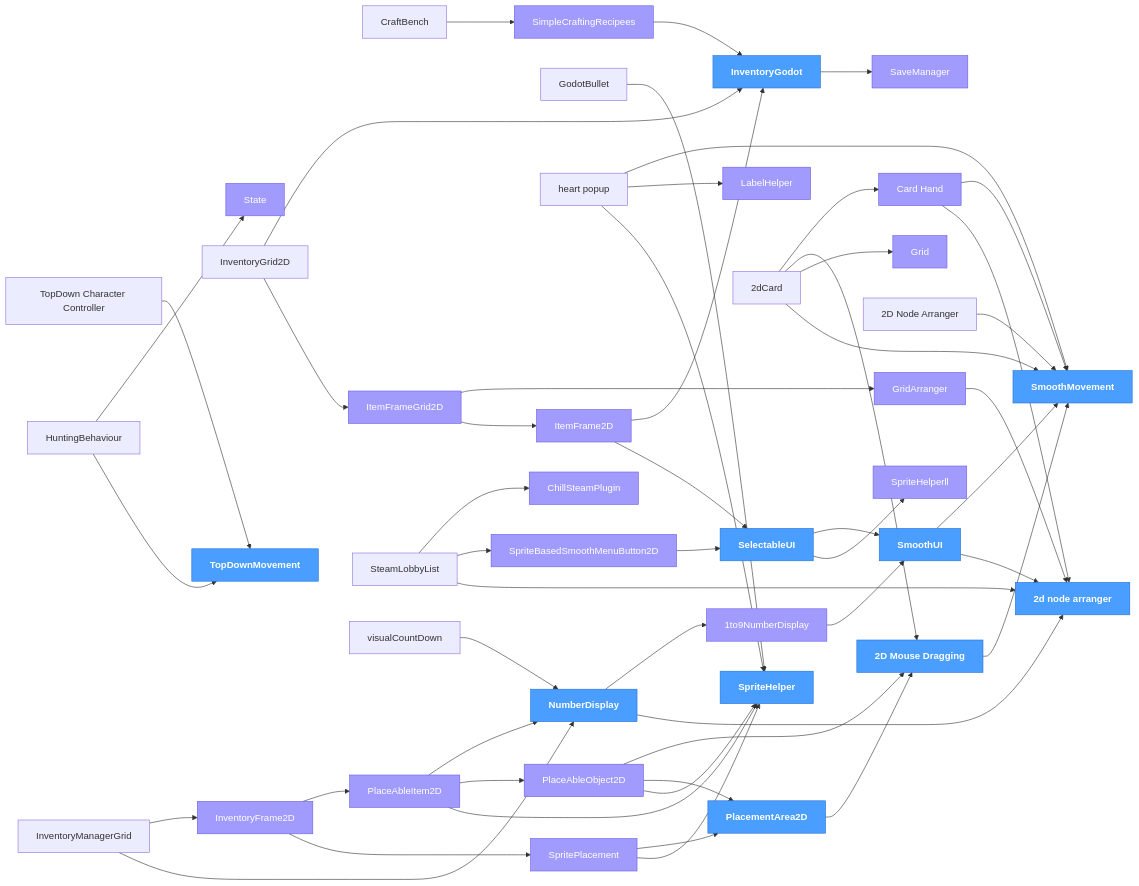
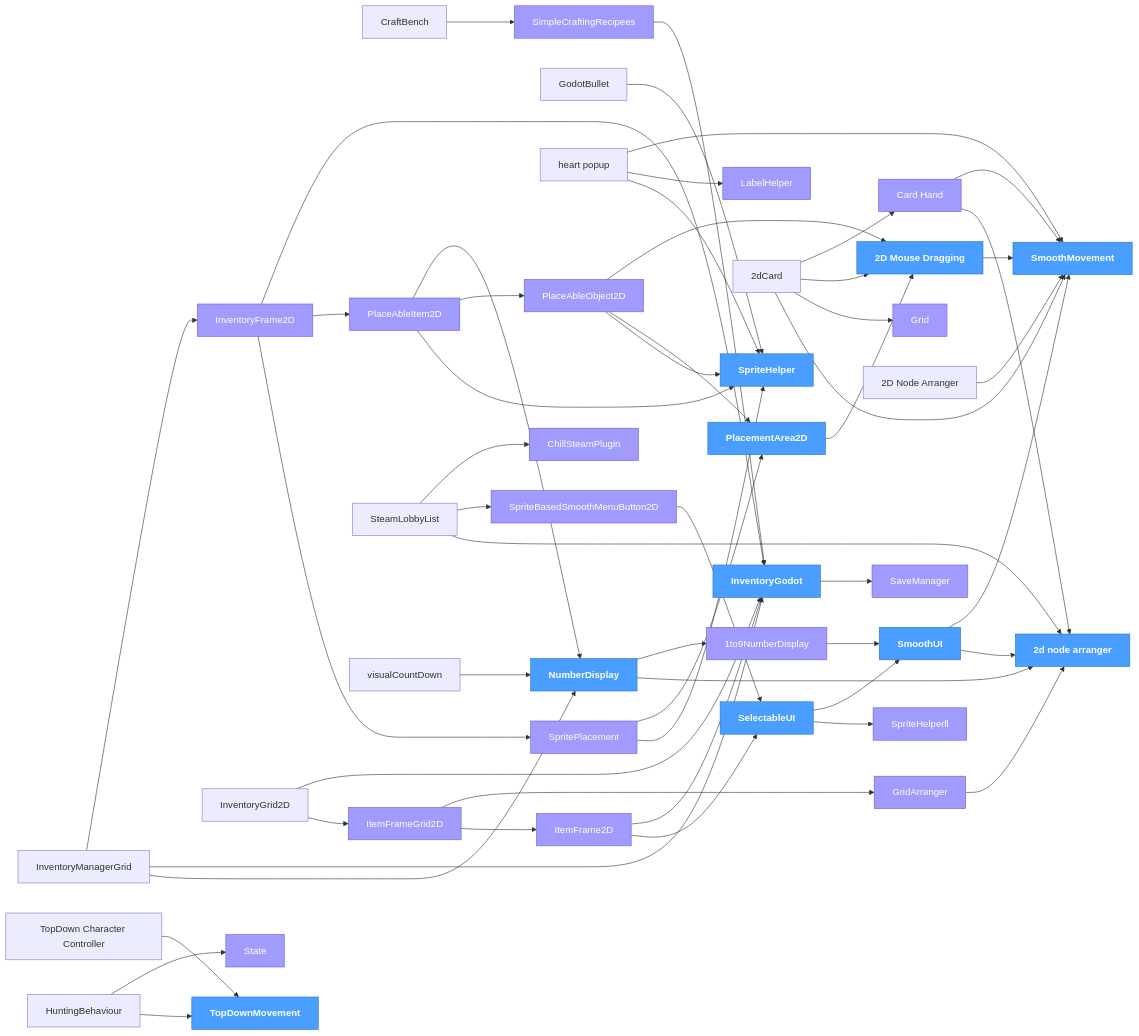
Before and after one commit to ChillCube/.github: the diagram in ADDONS.md, drawn with Mermaid. The commit also changed other lines of this file, not shown here.

Commit message:
registry: update dependency tree

```diff
--- a/ADDONS.md
+++ b/ADDONS.md
@@ -220,12 +221,14 @@
     heart_popup --> SpriteHelper
     HuntingBehaviour --> State
     HuntingBehaviour --> TopDownMovement
+    InventoryFrame2D --> InventoryGodot
     InventoryFrame2D --> PlaceAbleItem2D
     InventoryFrame2D --> SpritePlacement
     InventoryGodot --> SaveManager
     InventoryGrid2D --> InventoryGodot
     InventoryGrid2D --> ItemFrameGrid2D
     InventoryManagerGrid --> InventoryFrame2D
+    InventoryManagerGrid --> InventoryGodot
     InventoryManagerGrid --> NumberDisplay
     ItemFrame2D --> InventoryGodot
     ItemFrame2D --> SelectableUI
```
